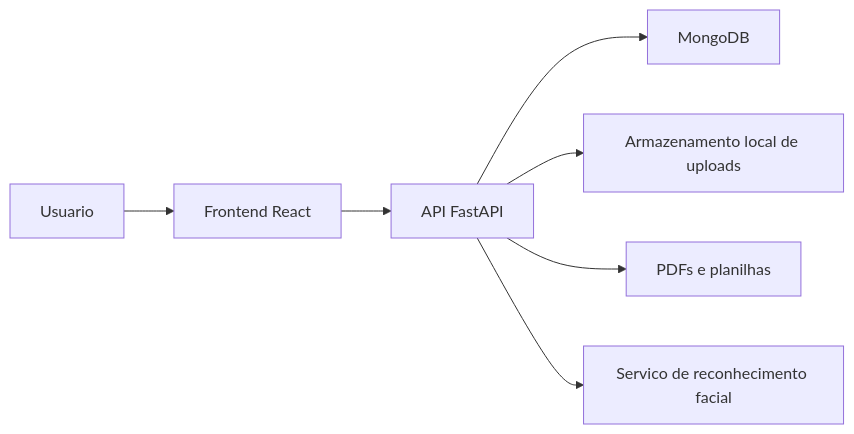
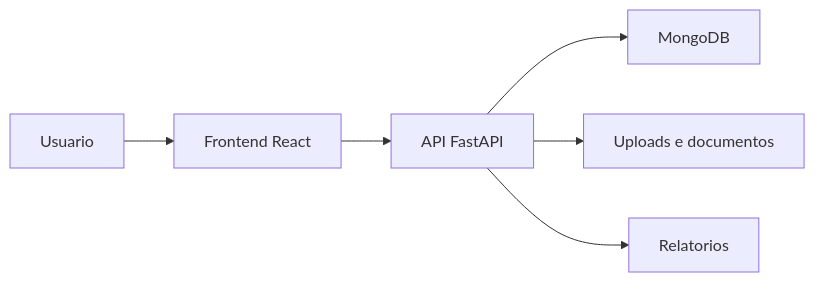
The diagram in README.md (Alexandrekalion/GestaoEPI-V5.0.9), drawn with Mermaid before and after one commit. The commit also changed other lines of this file and 62 other files, not shown here.

````diff
--- a/README.md
+++ b/README.md
@@ -41,9 +61,8 @@
 ```mermaid
 flowchart LR
-    User["Usuario"] --> Frontend["Frontend React"]
+    Usuario["Usuario"] --> Frontend["Frontend React"]
     Frontend --> API["API FastAPI"]
-    API --> Mongo["MongoDB"]
-    API --> Uploads["Armazenamento local de uploads"]
-    API --> Reports["PDFs e planilhas"]
-    API --> Face["Servico de reconhecimento facial"]
+    API --> Banco["MongoDB"]
+    API --> Arquivos["Uploads e documentos"]
+    API --> Relatorios["Relatorios"]
 ```
````
